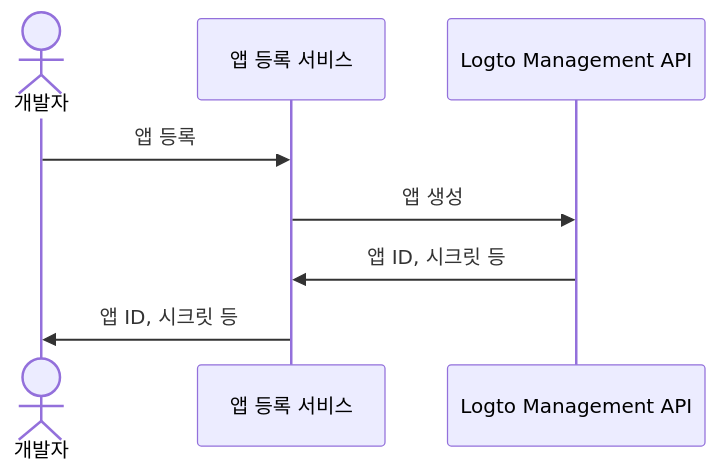
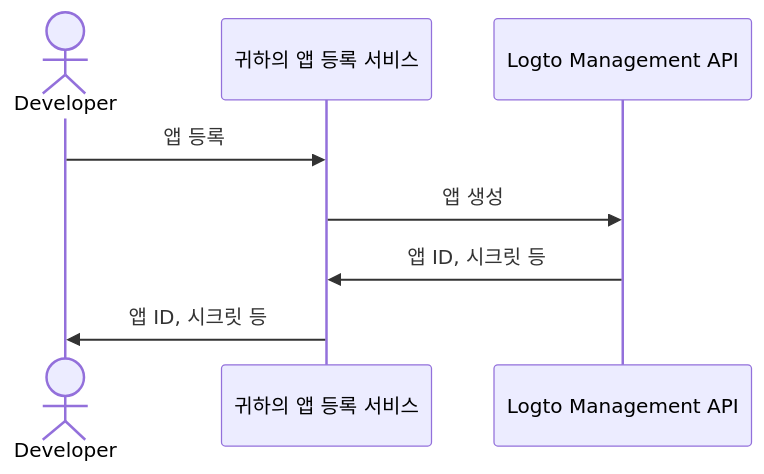
One commit to logto-io/docs changed the first of 2 diagrams in i18n/ko/docusaurus-plugin-content-docs/current/use-cases/ai/fragments/_configure-third-party-ai-agent.mdx. Above: the diagram before and after it, drawn with Mermaid. The commit also changed other lines of this file and 71 other files, not shown here.

````diff
--- a/i18n/ko/docusaurus-plugin-content-docs/current/use-cases/ai/fragments/_configure-third-party-ai-agent.mdx
+++ b/i18n/ko/docusaurus-plugin-content-docs/current/use-cases/ai/fragments/_configure-third-party-ai-agent.mdx
@@ -19,10 +25,10 @@
 ```mermaid
 sequenceDiagram
-  actor 개발자
-  participant Server as 앱 등록 서비스
+  actor Developer
+  participant Server as 귀하의 앱 등록 서비스
   participant Logto as Logto Management API
-  개발자->>Server: 앱 등록
+  Developer->>Server: 앱 등록
   Server->>Logto: 앱 생성
   Logto->>Server: 앱 ID, 시크릿 등
-  Server->>개발자: 앱 ID, 시크릿 등
+  Server->>Developer: 앱 ID, 시크릿 등
 ```
````
